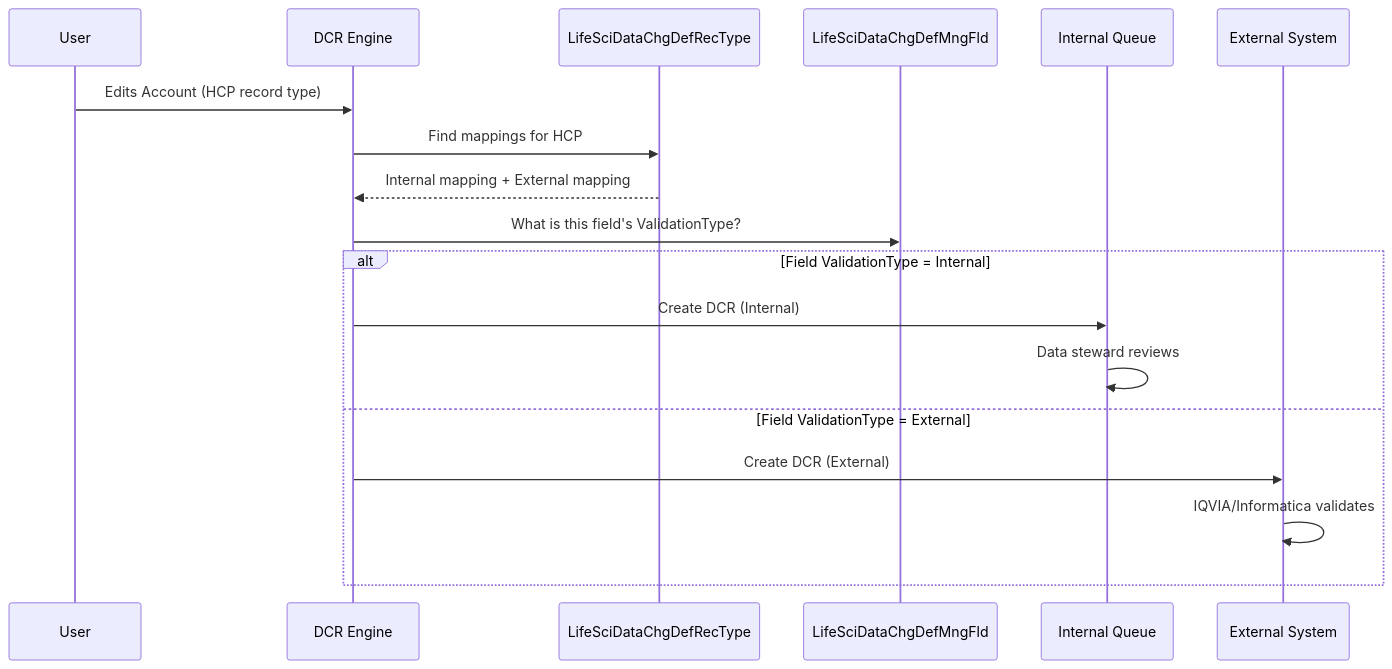
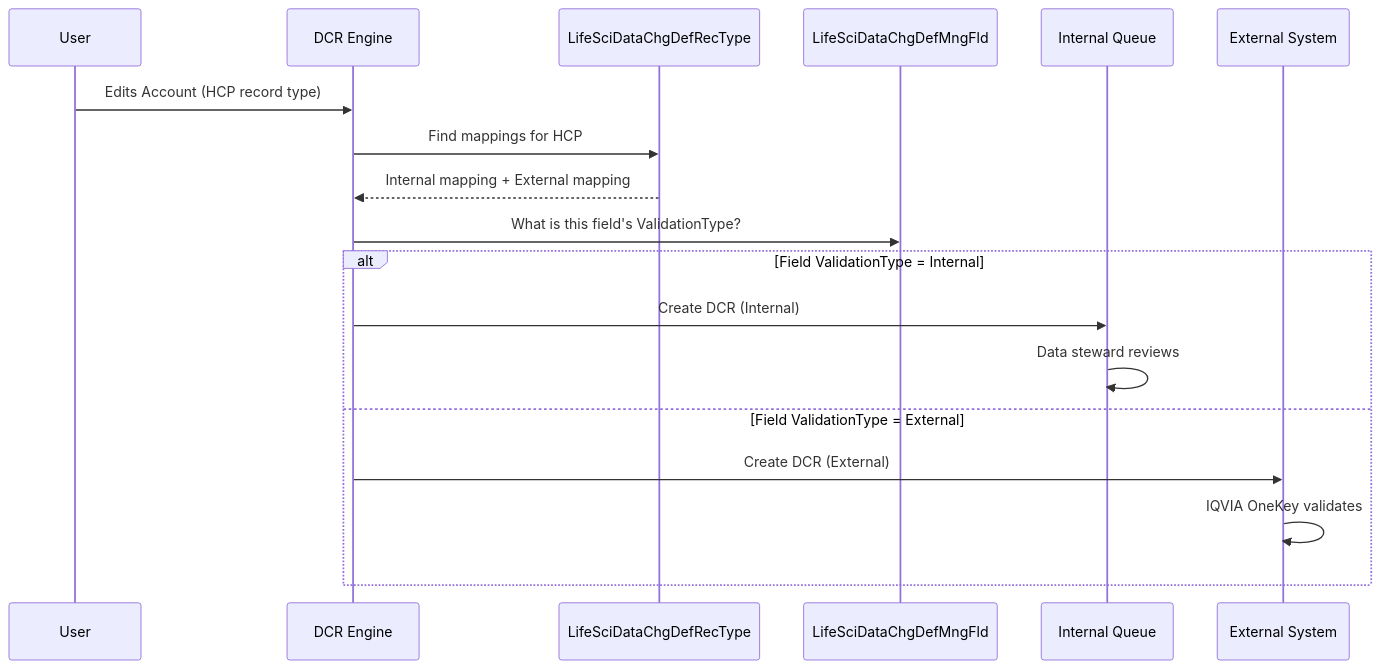
The fourth of 7 diagrams in VALIDATION_TYPES.md (afls-ideas/learn-data-change-request), drawn with Mermaid before and after one commit. The commit also changed other lines of this file and 2 other files, not shown here.

Commit message:
Remove Informatica MDM references and fix mermaid diagram text overflow

````diff
--- a/VALIDATION_TYPES.md
+++ b/VALIDATION_TYPES.md
@@ -111,23 +111,23 @@
 ```mermaid
 sequenceDiagram
     participant User
     participant DCR Engine
     participant RecTypeMapping as LifeSciDataChgDefRecType
     participant ManagedField as LifeSciDataChgDefMngFld
     participant Internal as Internal Queue
     participant External as External System
 
     User->>DCR Engine: Edits Account (HCP record type)
     DCR Engine->>RecTypeMapping: Find mappings for HCP
     RecTypeMapping-->>DCR Engine: Internal mapping + External mapping
 
     DCR Engine->>ManagedField: What is this field's ValidationType?
 
     alt Field ValidationType = Internal
         DCR Engine->>Internal: Create DCR (Internal)
         Internal->>Internal: Data steward reviews
     else Field ValidationType = External
         DCR Engine->>External: Create DCR (External)
-        External->>External: IQVIA/Informatica validates
+        External->>External: IQVIA OneKey validates
     end
 ```
````
